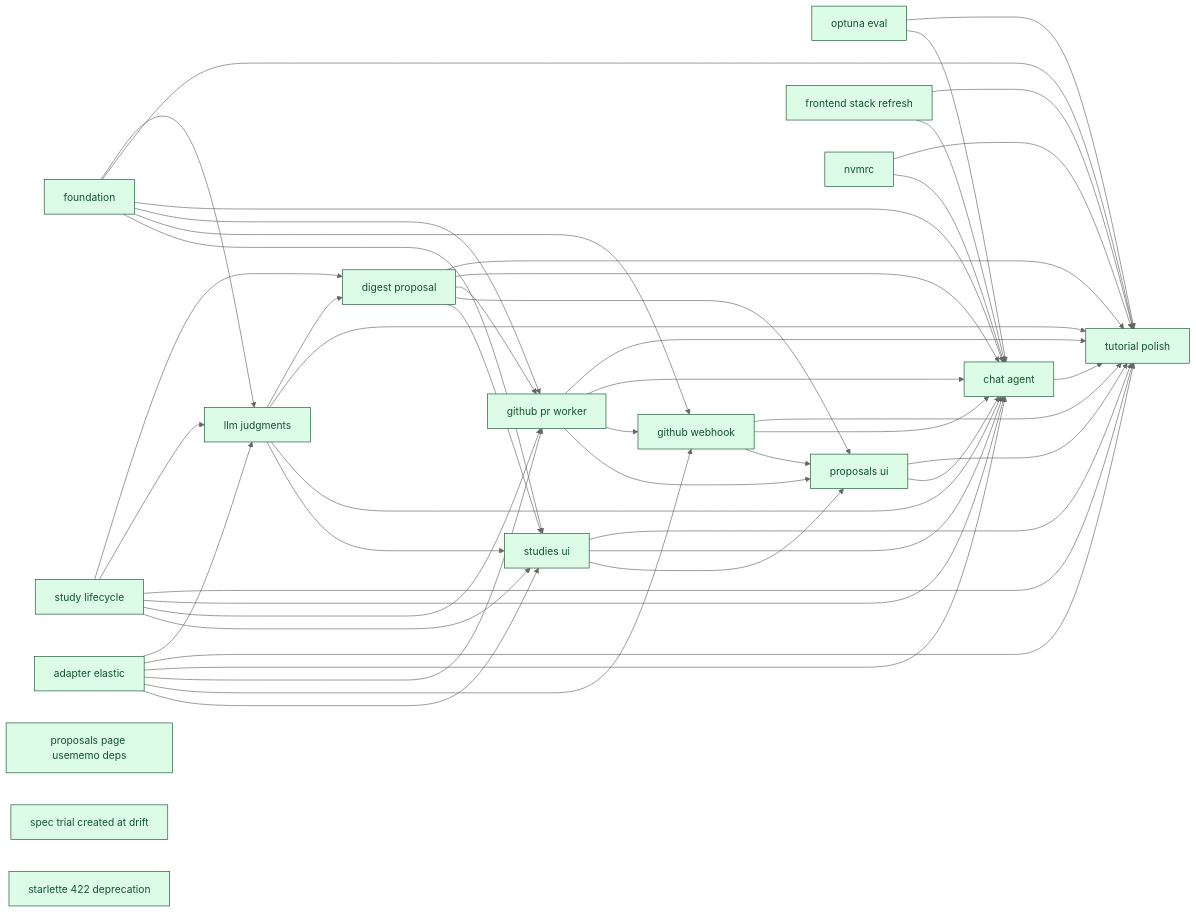
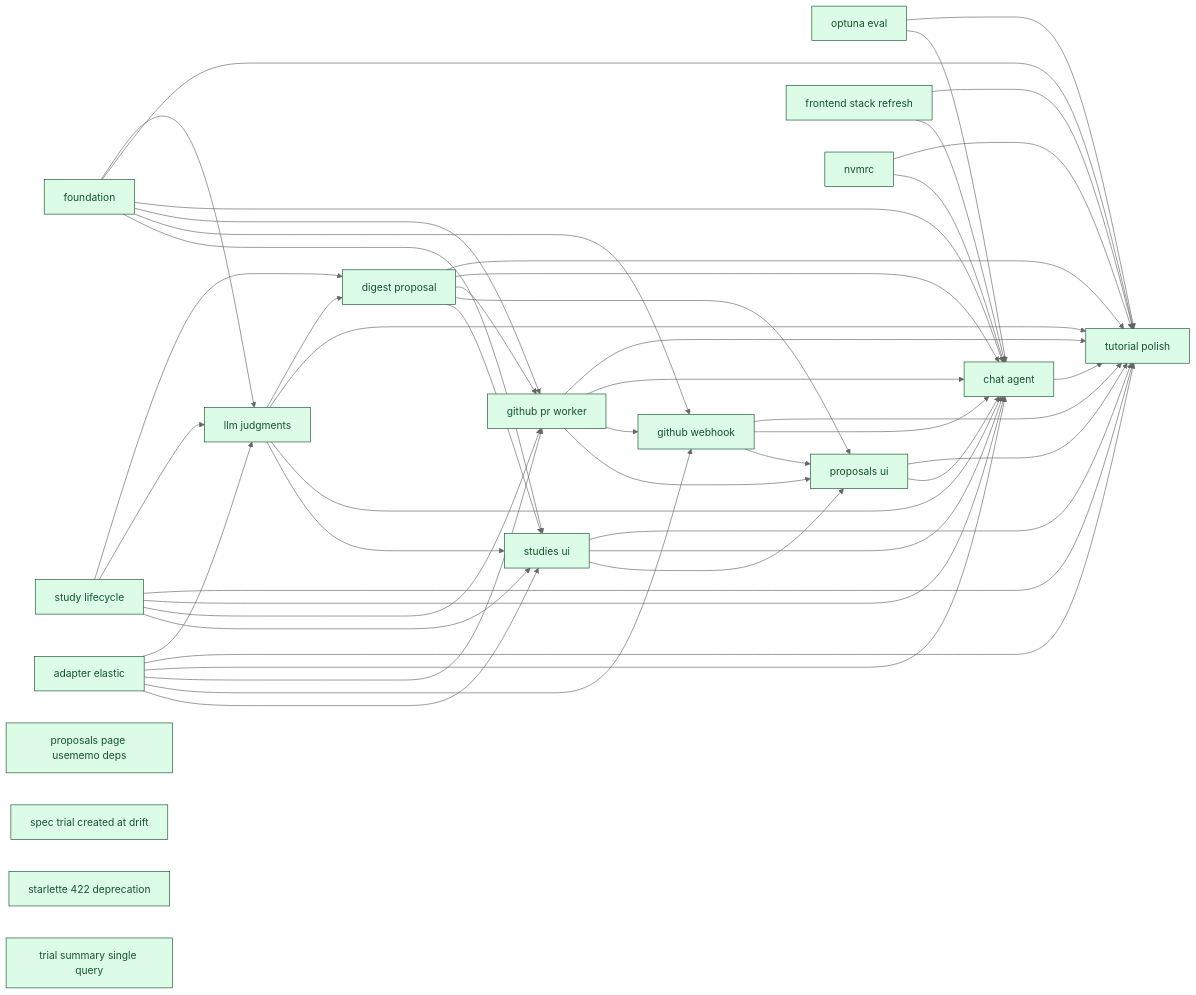
One commit to SoundMindsAI/relyloop changed the diagram in docs/00_overview/MVP1_DASHBOARD.md. Above: the diagram before and after it, drawn with Mermaid (neutral theme). The commit also changed other lines of this file and 3 other files, not shown here.

First line of the commit message:
chore(trials): aggregate_trials_summary as single CTE-based query (#80)

```diff
--- a/docs/00_overview/MVP1_DASHBOARD.md
+++ b/docs/00_overview/MVP1_DASHBOARD.md
@@ -127,6 +127,8 @@
   class chore_spec_trial_created_at_drift done;
   chore_starlette_422_deprecation["starlette 422 deprecation"]
   class chore_starlette_422_deprecation done;
+  chore_trial_summary_single_query["trial summary single query"]
+  class chore_trial_summary_single_query done;
   infra_nvmrc["nvmrc"]
   class infra_nvmrc done;
   feat_study_lifecycle --> feat_digest_proposal
```
